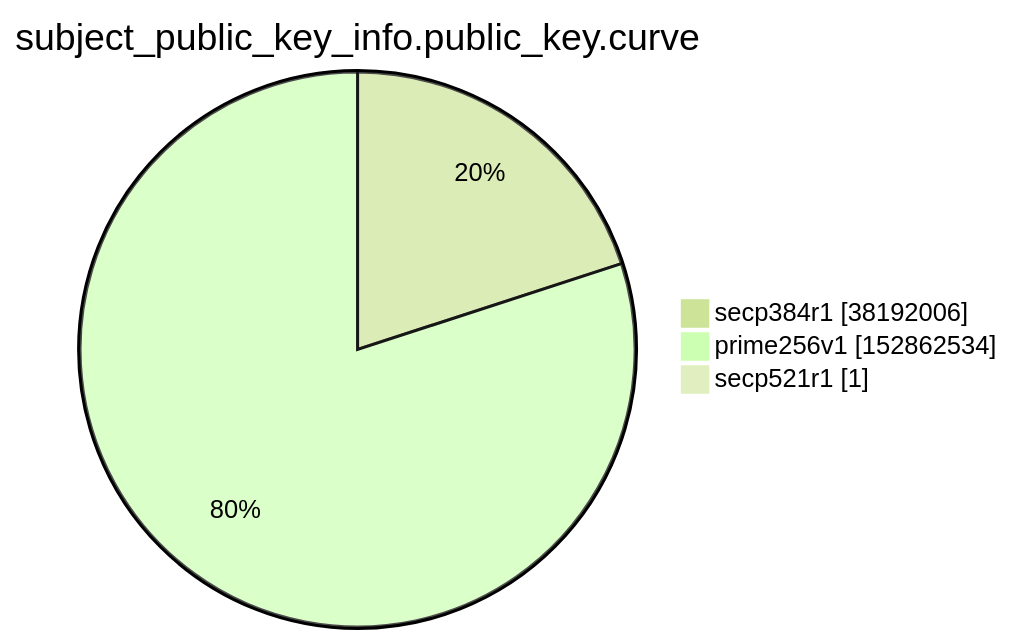
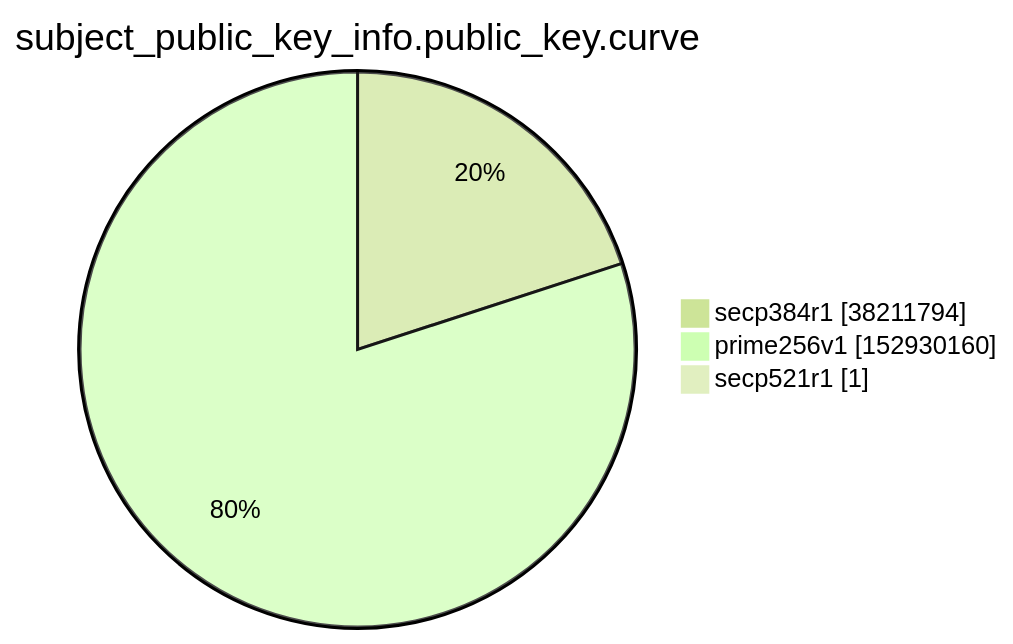
The ninth of 15 diagrams in xenon2022/README.md (christiankrug/ctmonitor_visualization), drawn with Mermaid (forest theme) before and after one commit. The commit also changed other lines of this file, not shown here.

````diff
--- a/xenon2022/README.md
+++ b/xenon2022/README.md
@@ -2861,7 +2861,7 @@
 ```mermaid
 pie showData
 title subject_public_key_info.public_key.curve
-"secp384r1" :38192006
-"prime256v1" :152862534
+"secp384r1" :38211794
+"prime256v1" :152930160
 "secp521r1" :1
 ```
````
